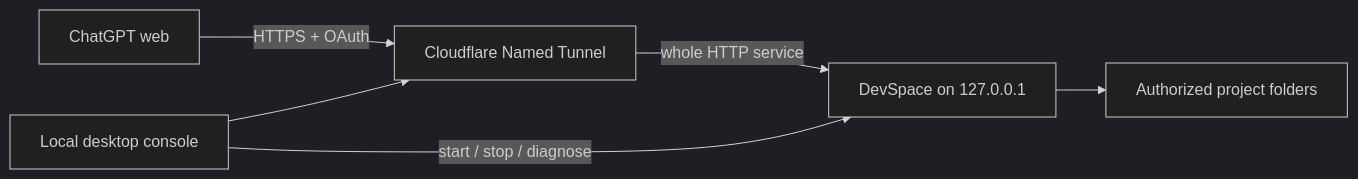
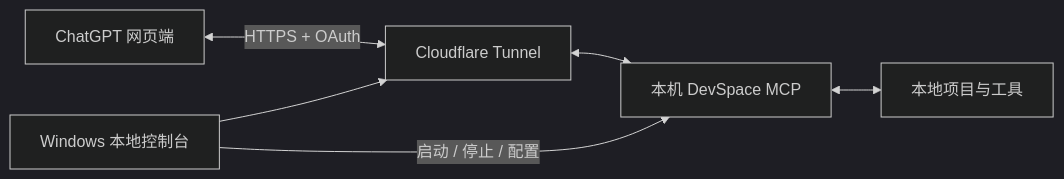
One commit to azuremgd/chatgpt-local-bridge changed the diagram in README.md. Above: the diagram before and after it, drawn with Mermaid (dark theme). The commit also changed other lines of this file, not shown here.

Commit message:
docs: explain local workflows, features and usage limits

````diff
--- a/README.md
+++ b/README.md
@@ -13,8 +59,8 @@
 ```mermaid
 flowchart LR
-    Web[ChatGPT web] -->|HTTPS + OAuth| Edge[Cloudflare Named Tunnel]
-    Edge -->|whole HTTP service| Server[DevSpace on 127.0.0.1]
-    Server --> Projects[Authorized project folders]
-    Console[Local desktop console] -->|start / stop / diagnose| Server
-    Console --> Edge
+    Web["ChatGPT 网页端"] <-->|HTTPS + OAuth| Tunnel["Cloudflare Tunnel"]
+    Tunnel <--> Server["本机 DevSpace MCP"]
+    Server <--> Projects["本地项目与工具"]
+    Console["Windows 本地控制台"] -->|启动 / 停止 / 配置| Server
+    Console --> Tunnel
 ```
````
